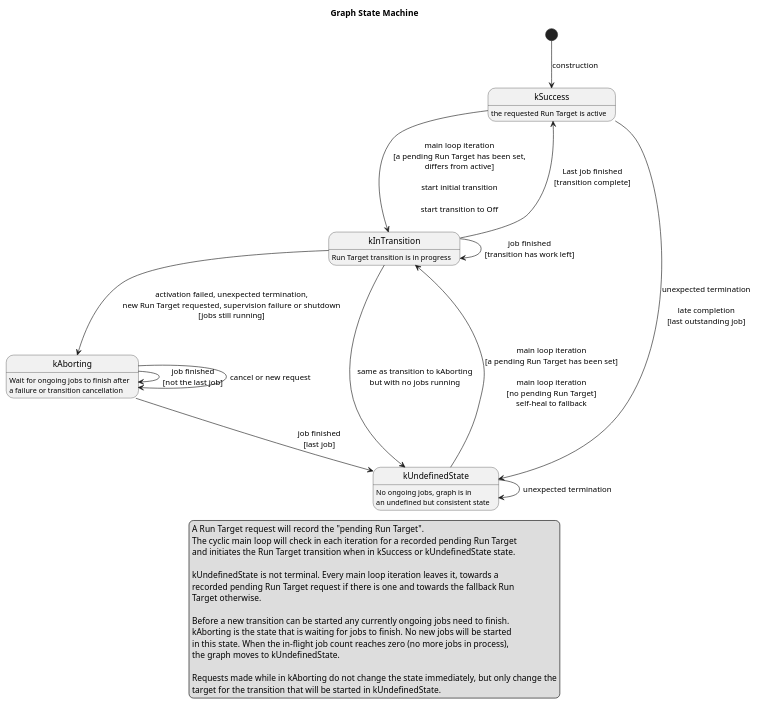
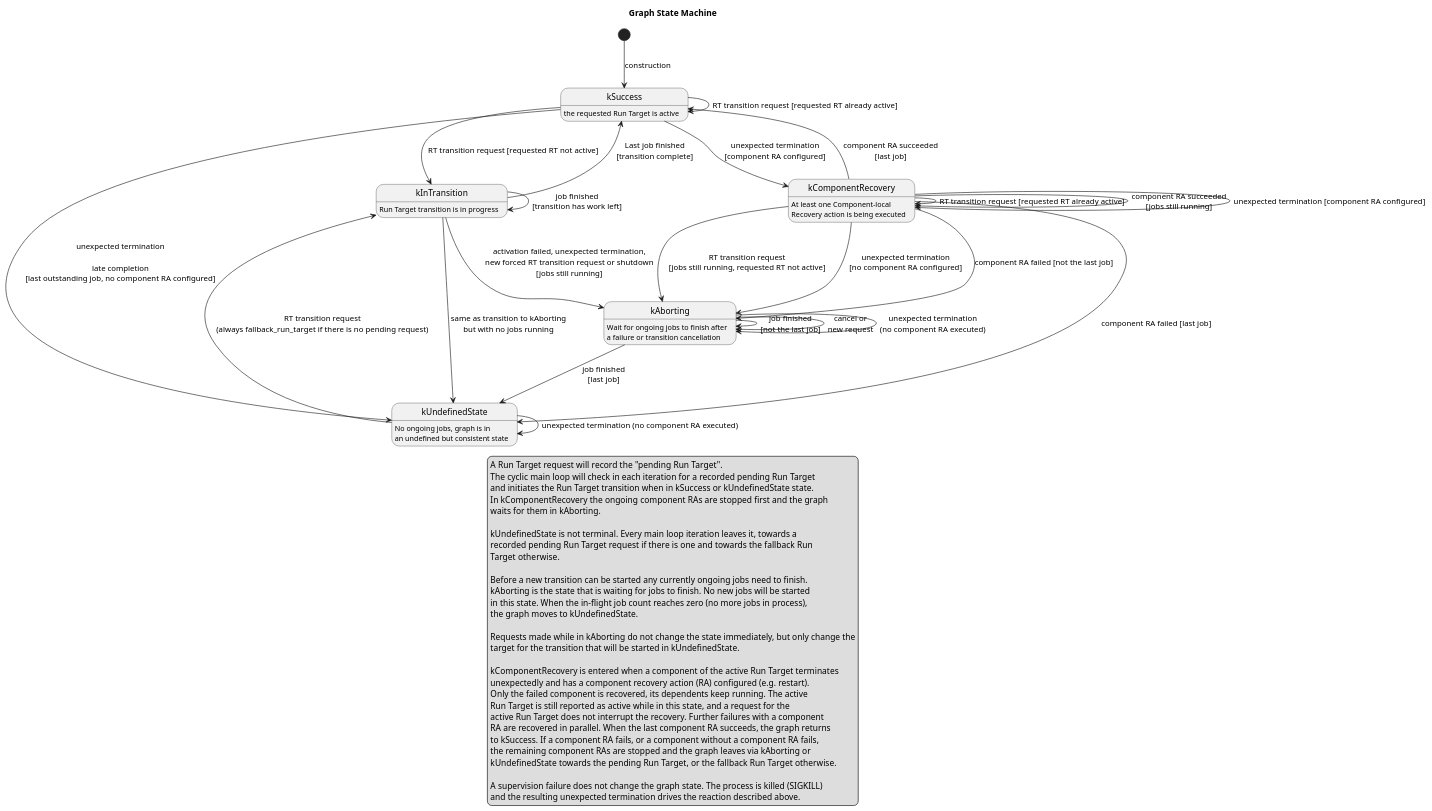
The diagram in score/launch_manager/docs/detailed_design/_assets/graph_states.puml (eclipse-score/lifecycle), drawn with PlantUML before and after one commit. The commit also changed 3 other files, not shown here.

Commit message:
Introduce new graph state

```diff
--- a/score/launch_manager/docs/detailed_design/_assets/graph_states.puml
+++ b/score/launch_manager/docs/detailed_design/_assets/graph_states.puml
@@ -14,51 +14,82 @@
 @startuml graph_states
 
 title Graph State Machine
 
 kSuccess : the requested Run Target is active
 kInTransition : Run Target transition is in progress
 kAborting : Wait for ongoing jobs to finish after\na failure or transition cancellation
 kUndefinedState : No ongoing jobs, graph is in\nan undefined but consistent state
+state kComponentRecovery
+kComponentRecovery : At least one Component-local\nRecovery action is being executed
 
 [*] --> kSuccess : construction
 
+kSuccess --> kSuccess : RT transition request [requested RT already active]
+
 ' --- starting a transition ---------------------------------------------------
-kSuccess --> kInTransition : main loop iteration\n[a pending Run Target has been set,\ndiffers from active]\n\nstart initial transition\n\nstart transition to Off
-kUndefinedState --> kInTransition : main loop iteration\n[a pending Run Target has been set]\n\nmain loop iteration\n[no pending Run Target]\nself-heal to fallback
+kSuccess --> kInTransition : RT transition request [requested RT not active]
+kUndefinedState --> kInTransition : RT transition request\n(always fallback_run_target if there is no pending request)
 
 ' --- running a transition ----------------------------------------------------
 kInTransition --> kInTransition : job finished\n[transition has work left]
 kInTransition --> kSuccess : Last job finished\n[transition complete]
 
 ' --- leaving a transition ----------------------------------------------------
-kInTransition --> kAborting : activation failed, unexpected termination,\nnew Run Target requested, supervision failure or shutdown\n[jobs still running]
+kInTransition --> kAborting : activation failed, unexpected termination,\nnew forced RT transition request or shutdown\n[jobs still running]
 kInTransition --> kUndefinedState : same as transition to kAborting\nbut with no jobs running
 
 ' --- aborting ----------------------------------------------------------------
 kAborting --> kAborting : job finished\n[not the last job]
 kAborting --> kUndefinedState : job finished\n[last job]
-kAborting --> kAborting : cancel or new request
+kAborting --> kAborting : cancel or\nnew request
+kAborting --> kAborting : unexpected termination\n(no component RA executed)
 
 ' --- failures outside a transition -------------------------------------------
-kSuccess --> kUndefinedState : unexpected termination\n\nlate completion\n[last outstanding job]
-kUndefinedState --> kUndefinedState : unexpected termination
+kSuccess --> kUndefinedState : unexpected termination\n\nlate completion\n[last outstanding job, no component RA configured]
+kUndefinedState --> kUndefinedState : unexpected termination (no component RA executed)
+
+' --- Local Recovery Action
+kSuccess --> kComponentRecovery : unexpected termination\n[component RA configured]
+kComponentRecovery --> kComponentRecovery : RT transition request [requested RT already active]
+kComponentRecovery --> kSuccess: component RA succeeded\n[last job]
+kComponentRecovery --> kComponentRecovery : component RA succeeded\n[jobs still running]
+kComponentRecovery --> kComponentRecovery : unexpected termination [component RA configured]
+kComponentRecovery --> kAborting : RT transition request\n[jobs still running, requested RT not active]
+kComponentRecovery --> kAborting : unexpected termination\n[no component RA configured]
+kComponentRecovery --> kAborting : component RA failed [not the last job]
+kComponentRecovery --> kUndefinedState : component RA failed [last job]
 
 legend bottom
   A Run Target request will record the "pending Run Target".
   The cyclic main loop will check in each iteration for a recorded pending Run Target
   and initiates the Run Target transition when in kSuccess or kUndefinedState state.
+  In kComponentRecovery the ongoing component RAs are stopped first and the graph
+  waits for them in kAborting.
 
   kUndefinedState is not terminal. Every main loop iteration leaves it, towards a
   recorded pending Run Target request if there is one and towards the fallback Run 
   Target otherwise.
 
   Before a new transition can be started any currently ongoing jobs need to finish.
   kAborting is the state that is waiting for jobs to finish. No new jobs will be started
   in this state. When the in-flight job count reaches zero (no more jobs in process),
   the graph moves to kUndefinedState.
   
   Requests made while in kAborting do not change the state immediately, but only change the
   target for the transition that will be started in kUndefinedState.
+
+  kComponentRecovery is entered when a component of the active Run Target terminates
+  unexpectedly and has a component recovery action (RA) configured (e.g. restart).
+  Only the failed component is recovered, its dependents keep running. The active
+  Run Target is still reported as active while in this state, and a request for the
+  active Run Target does not interrupt the recovery. Further failures with a component
+  RA are recovered in parallel. When the last component RA succeeds, the graph returns
+  to kSuccess. If a component RA fails, or a component without a component RA fails,
+  the remaining component RAs are stopped and the graph leaves via kAborting or
+  kUndefinedState towards the pending Run Target, or the fallback Run Target otherwise.
+
+  A supervision failure does not change the graph state. The process is killed (SIGKILL)
+  and the resulting unexpected termination drives the reaction described above.
 end legend
 
 @enduml
```
